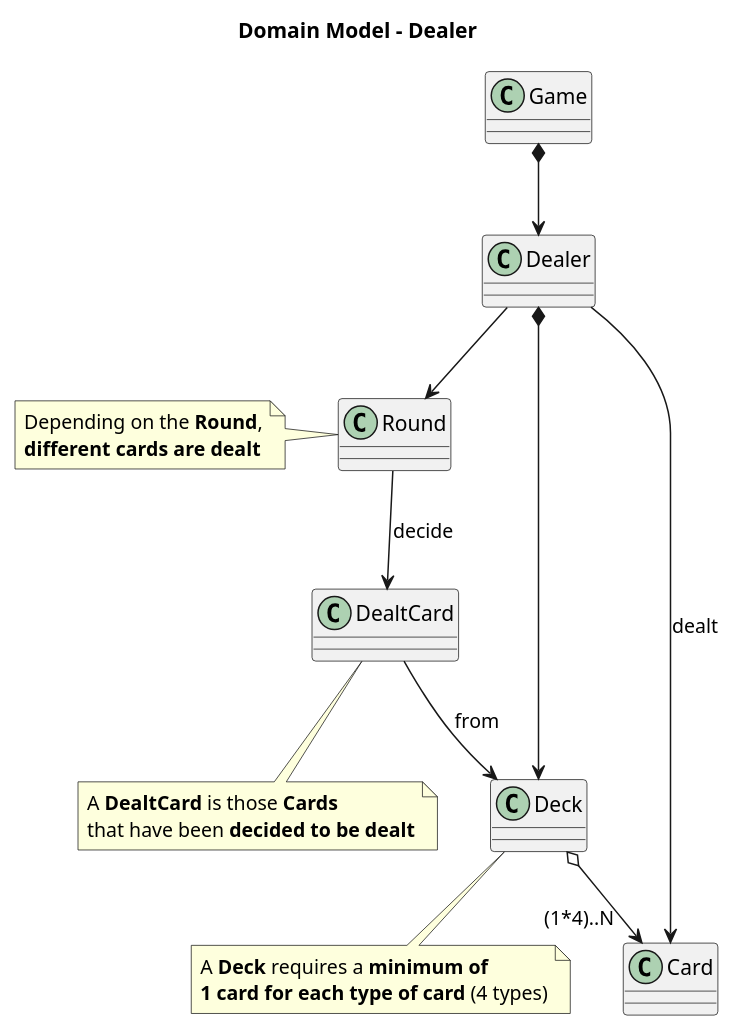
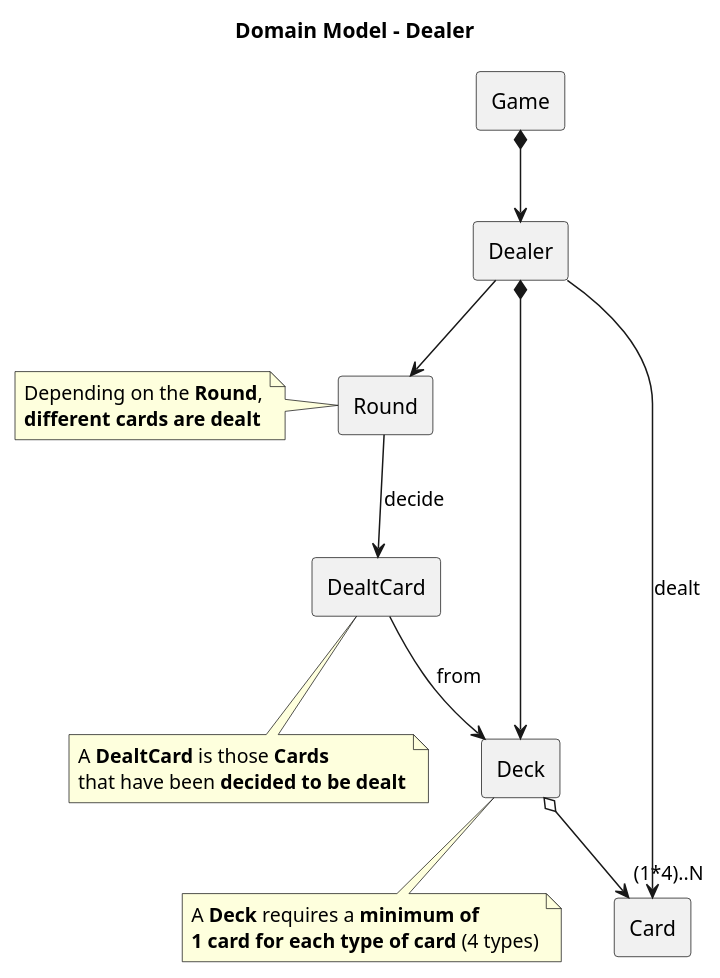
Before and after one commit to DainWs/Crazy-Random-Multiverse: the diagram in docs/development/backend/diagrams/domain_model-dealer.plantuml, drawn with PlantUML. The commit also changed 7 other files, not shown here.

Commit message:
Documentation: UML diagrams changes

```diff
--- a/docs/development/backend/diagrams/domain_model-dealer.plantuml
+++ b/docs/development/backend/diagrams/domain_model-dealer.plantuml
@@ -1,32 +1,33 @@
 @startuml
 title "Domain Model - Dealer"
 
-class Dealer {}
-class Round {}
-class Deck {}
-class Card {}
-class DealtCard {} 
+rectangle Game
+rectangle Dealer
+rectangle Round
+rectangle Deck
+rectangle Card
+rectangle DealtCard
 
 Game *--> Dealer 
 Dealer --> Round
 Round --> DealtCard : decide
 DealtCard --> Deck : from
 Dealer *--> Deck
 Deck o--> "(1*4)..N  " Card
 Dealer --> Card : dealt
 
 note left of Round
 	Depending on the **Round**,
 	**different cards are dealt**
 end note 
 
 note bottom of DealtCard
 	A **DealtCard** is those **Cards**
 	that have been **decided to be dealt**
 end note 
 
 note bottom of Deck
 	A **Deck** requires a **minimum of** 
 	**1 card for each type of card** (4 types)
 end note
 @enduml
```
